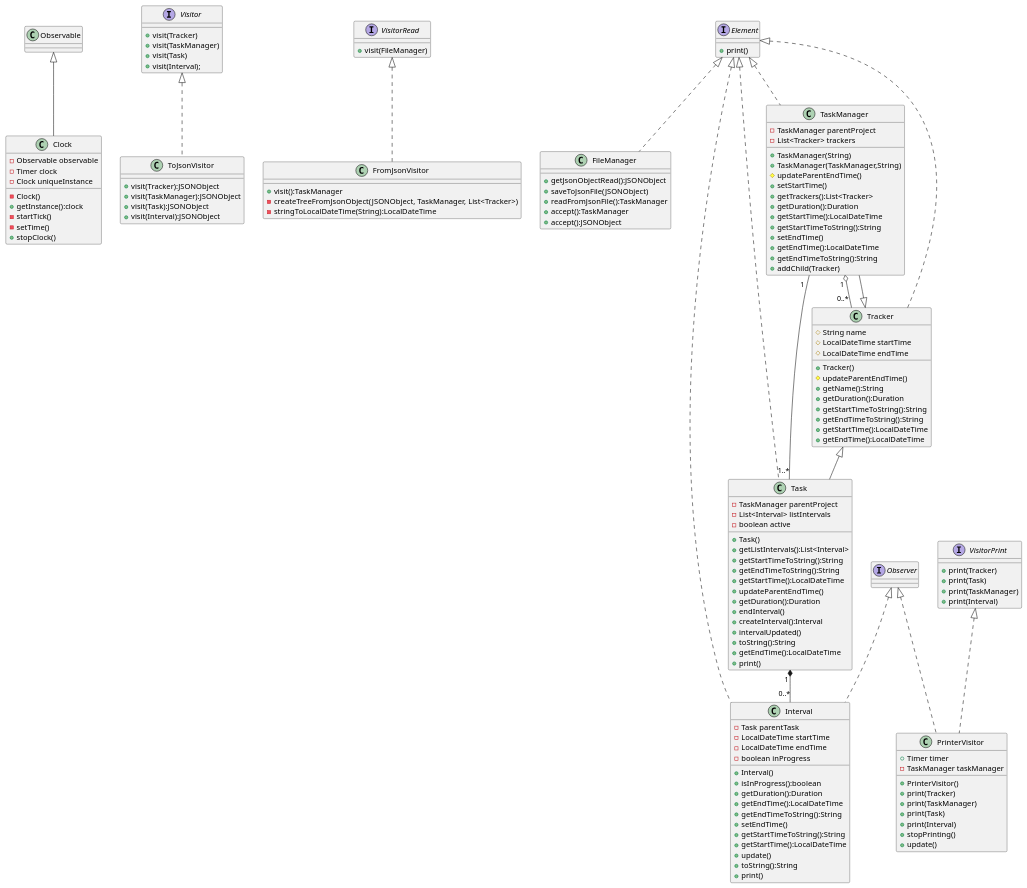
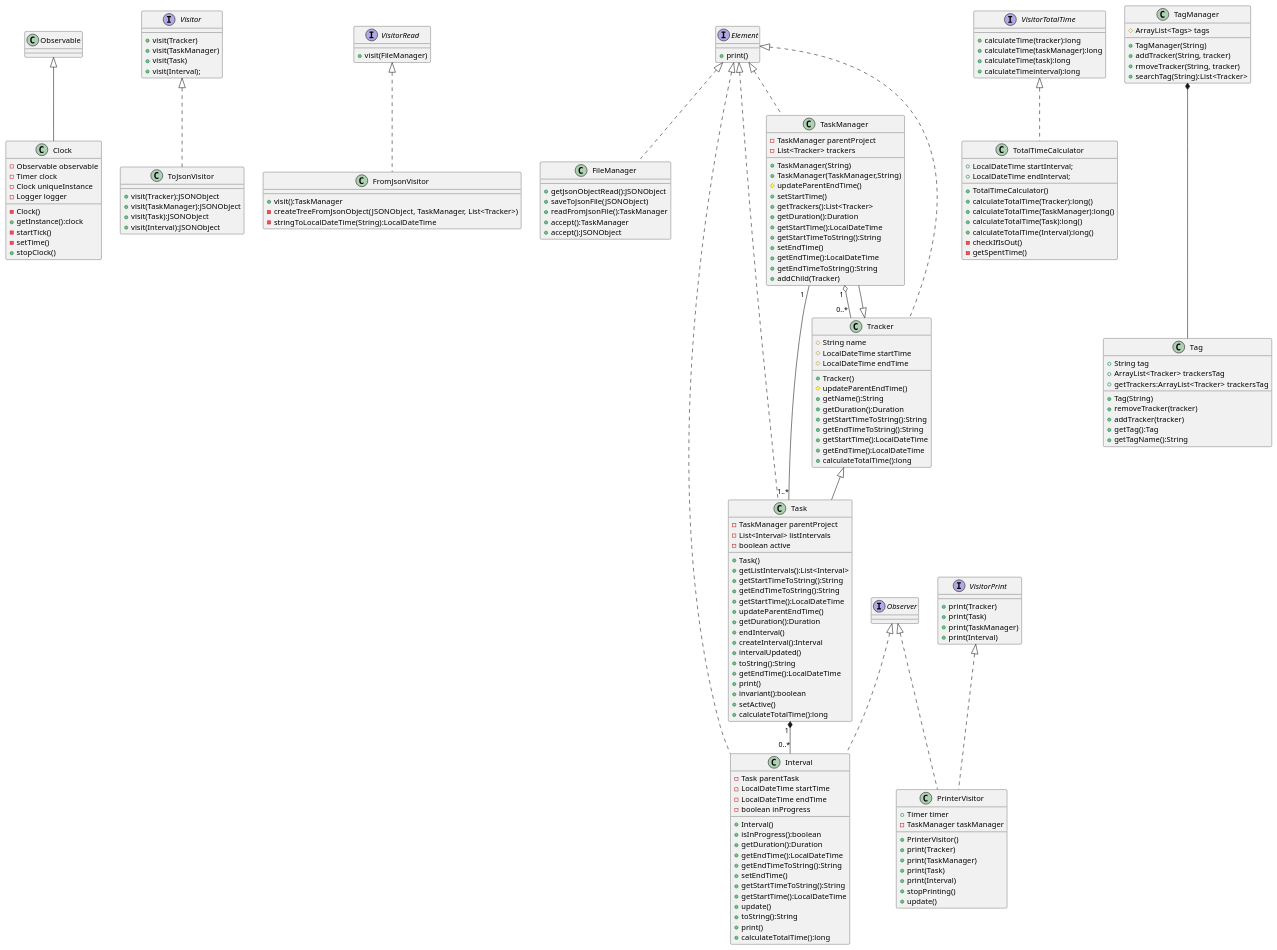
One commit to kumarbhupi/time_tracker changed the diagram in src/main/java/time_tracker.puml. Above: the diagram before and after it, drawn with PlantUML.

Commit message:
UML updated

```diff
--- a/src/main/java/time_tracker.puml
+++ b/src/main/java/time_tracker.puml
@@ -1,154 +1,200 @@
 @startuml
 class Clock{
 -Observable observable
 -Timer clock
 -Clock uniqueInstance
+-Logger logger
 -Clock()
 +getInstance():clock
 -startTick()
 -setTime()
 +stopClock()
 }
 interface Visitor{
 +visit(Tracker)
 +visit(TaskManager)
 +visit(Task)
 +visit(Interval);
 }
 
 interface VisitorRead{
 +visit(FileManager)
 }
 interface Element{
 +print()
 }
 
 interface VisitorPrint{
 +print(Tracker)
 +print(Task)
 +print(TaskManager)
 +print(Interval)
 }
 
 class FileManager{
 +getJsonObjectRead():JSONObject
 +saveToJsonFile(JSONObject)
 +readFromJsonFile():TaskManager
 +accept():TaskManager
 +accept():JSONObject
 }
 
 class ToJsonVisitor{
 +visit(Tracker):JSONObject
 +visit(TaskManager):JSONObject
 +visit(Task):JSONObject
 +visit(Interval):JSONObject
 }
 
 class FromJsonVisitor{
 +visit():TaskManager
 -createTreeFromJsonObject(JSONObject, TaskManager, List<Tracker>)
 -stringToLocalDateTime(String):LocalDateTime
 }
 
 class Interval{
 -Task parentTask
 -LocalDateTime startTime
 -LocalDateTime endTime
 -boolean inProgress
 +Interval()
 +isInProgress():boolean
 +getDuration():Duration
 +getEndTime():LocalDateTime
 +getEndTimeToString():String
 +setEndTime()
 +getStartTimeToString():String
 +getStartTime():LocalDateTime
 +update()
 +toString():String
 +print()
++calculateTotalTime():long
 }
 
 class PrinterVisitor{
 +Timer timer
 -TaskManager taskManager
 +PrinterVisitor()
 +print(Tracker)
 +print(TaskManager)
 +print(Task)
 +print(Interval)
 +stopPrinting()
 +update()
 }
 
 class Task{
 -TaskManager parentProject
 -List<Interval> listIntervals
 -boolean active
 +Task()
 +getListIntervals():List<Interval>
 +getStartTimeToString():String
 +getEndTimeToString():String
 +getStartTime():LocalDateTime
 +updateParentEndTime()
 +getDuration():Duration
 +endInterval()
 +createInterval():Interval
 +intervalUpdated()
 +toString():String
 +getEndTime():LocalDateTime
 +print()
++invariant():boolean
++setActive()
++calculateTotalTime():long
 }
 
 class TaskManager{
 -TaskManager parentProject
 -List<Tracker> trackers
 +TaskManager(String)
 +TaskManager(TaskManager,String)
 #updateParentEndTime()
 +setStartTime()
 +getTrackers():List<Tracker>
 +getDuration():Duration
 +getStartTime():LocalDateTime
 +getStartTimeToString():String
 +setEndTime()
 +getEndTime():LocalDateTime
 +getEndTimeToString():String
 +addChild(Tracker)
 }
 
 class Tracker{
 #String name
 #LocalDateTime startTime
 #LocalDateTime endTime
 +Tracker()
 #updateParentEndTime()
 +getName():String
 +getDuration():Duration
 +getStartTimeToString():String
 +getEndTimeToString():String
 +getStartTime():LocalDateTime
 +getEndTime():LocalDateTime
++calculateTotalTime():long
+}
+
+class TotalTimeCalculator{
++LocalDateTime startInterval;
++LocalDateTime endInterval;
++TotalTimeCalculator()
++calculateTotalTime(Tracker):long()
++calculateTotalTime(TaskManager):long()
++calculateTotalTime(Task):long()
++calculateTotalTime(Interval):long()
+-checkIfIsOut()
+-getSpentTime()
+}
+
+interface VisitorTotalTime{
+  +calculateTime(tracker):long
+  +calculateTime(taskManager):long
+  +calculateTime(task):long
+  +calculateTimeinterval):long
+}
+
+class TagManager{
+#ArrayList<Tags> tags
++TagManager(String)
++addTracker(String, tracker)
++rmoveTracker(String, tracker)
++searchTag(String):List<Tracker>
+}
+
+class Tag{
++String tag
++ArrayList<Tracker> trackersTag
++Tag(String)
++removeTracker(tracker)
++addTracker(tracker)
++getTag():Tag
++getTagName():String
++getTrackers:ArrayList<Tracker> trackersTag
 }
 
 interface Observer
 
 class Observable
 
 TaskManager"1  " -- "1..*" Task
 class Task extends Tracker
 class TaskManager extends Tracker
 Task "1 "*--"0..*"Interval
 class Interval implements Element
 class Interval implements Observer
 TaskManager "1 " o--"0..* "Tracker
 class Clock extends Observable
 class PrinterVisitor implements VisitorPrint
 class PrinterVisitor implements Observer
 class Task implements Element
 class Tracker implements Element
 class TaskManager implements Element
 class FileManager implements Element
 class FromJsonVisitor implements VisitorRead
 class ToJsonVisitor implements Visitor
+class TotalTimeCalculator implements VisitorTotalTime
+TagManager *--- Tag
 @enduml
```
